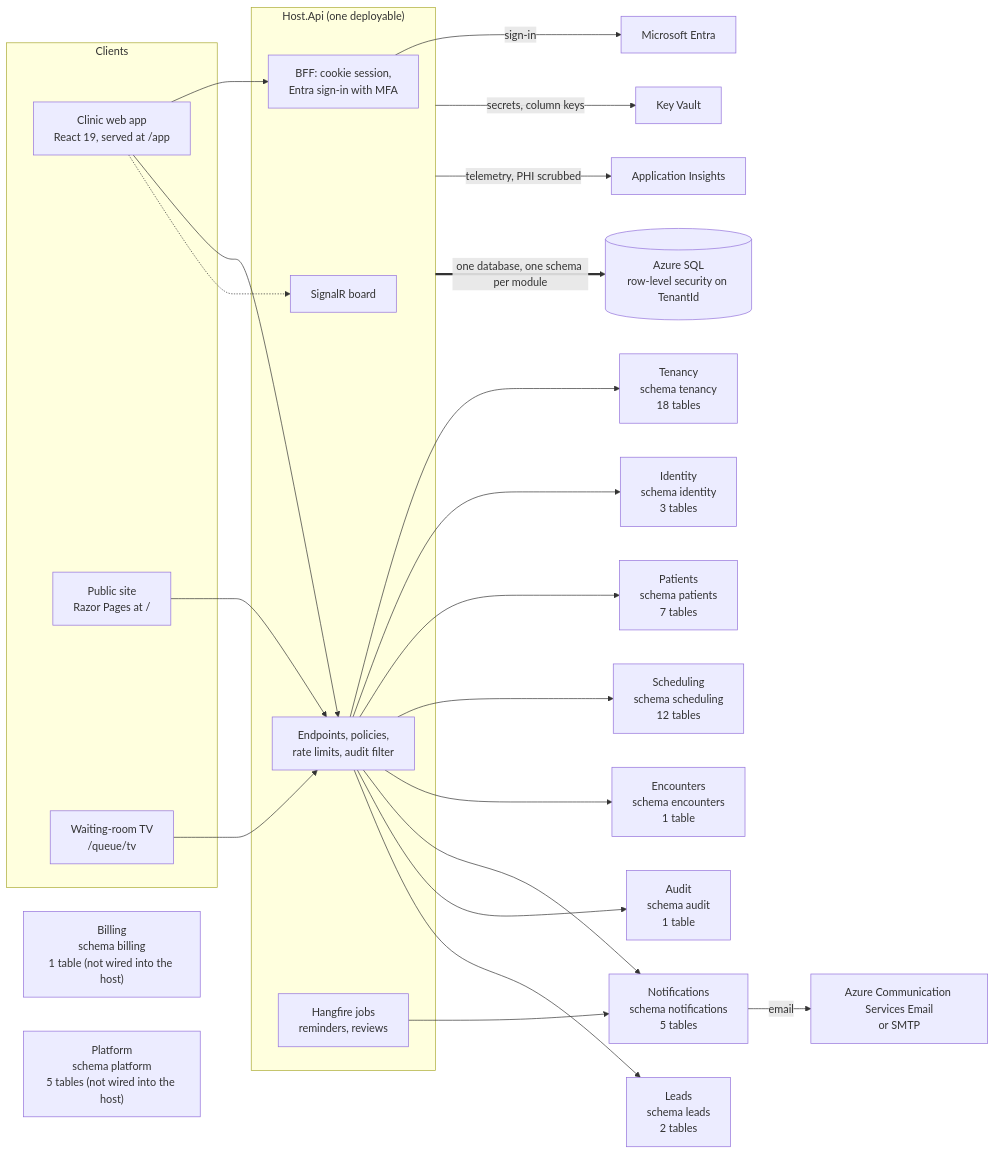
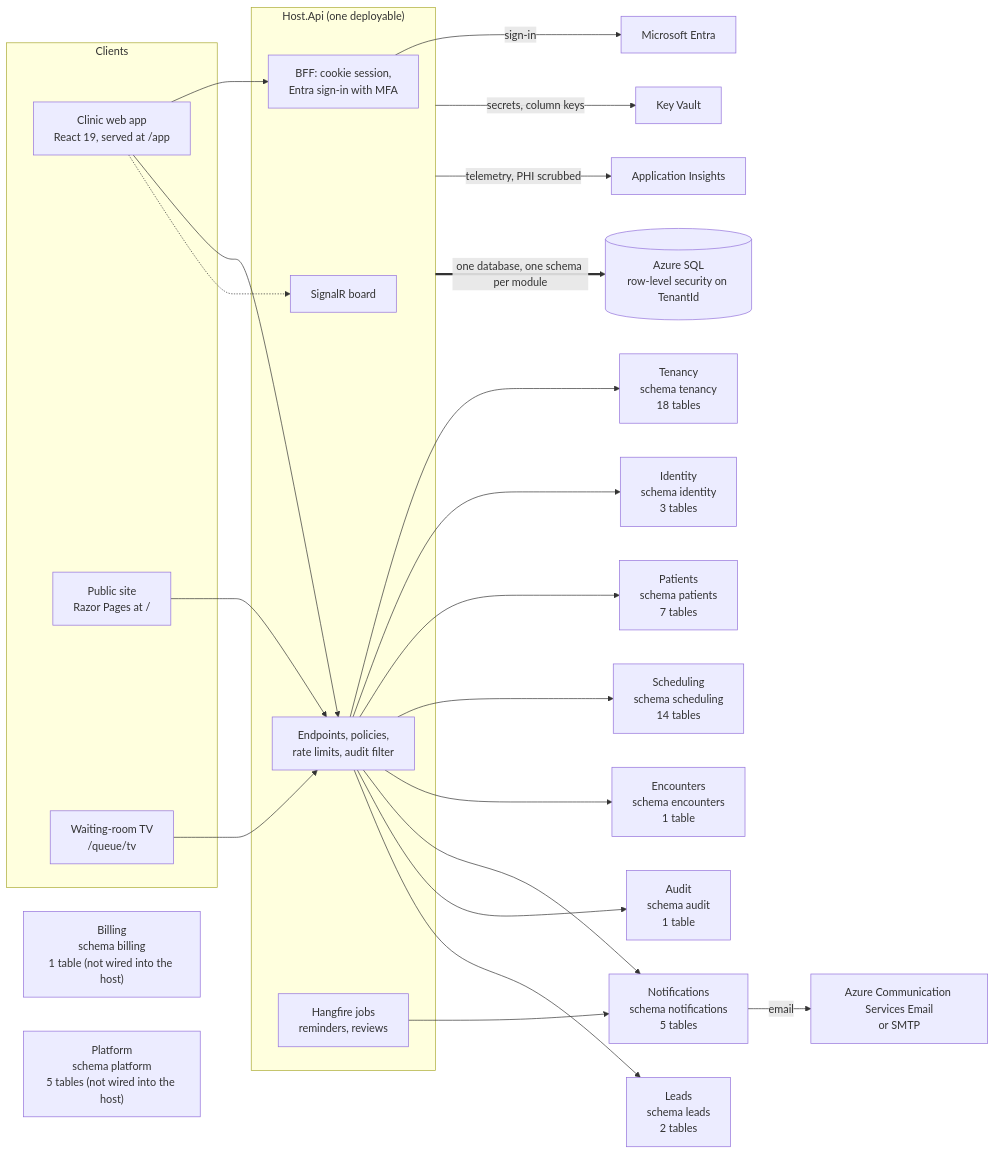
The first of 13 diagrams in docs/03-architecture/erd.md (ALFRED-LUCIFER/medvya), drawn with Mermaid before and after one commit. The commit also changed other lines of this file and 30 other files, not shown here.

````diff
--- a/docs/03-architecture/erd.md
+++ b/docs/03-architecture/erd.md
@@ -15,35 +15,35 @@
 ```mermaid
 flowchart LR
   subgraph Clients
     web["Clinic web app<br/>React 19, served at /app"]
     site["Public site<br/>Razor Pages at /"]
     tv["Waiting-room TV<br/>/queue/tv"]
   end
   subgraph Host["Host.Api (one deployable)"]
     bff["BFF: cookie session,<br/>Entra sign-in with MFA"]
     api["Endpoints, policies,<br/>rate limits, audit filter"]
     hub["SignalR board"]
     jobs["Hangfire jobs<br/>reminders, reviews"]
   end
   web --> bff
   web --> api
   web -.-> hub
   tv --> api
   site --> api
   api --> Tenancy["Tenancy<br/>schema tenancy<br/>18 tables"]
   api --> Identity["Identity<br/>schema identity<br/>3 tables"]
   api --> Patients["Patients<br/>schema patients<br/>7 tables"]
-  api --> Scheduling["Scheduling<br/>schema scheduling<br/>12 tables"]
+  api --> Scheduling["Scheduling<br/>schema scheduling<br/>14 tables"]
   api --> Encounters["Encounters<br/>schema encounters<br/>1 table"]
   api --> Notifications["Notifications<br/>schema notifications<br/>5 tables"]
   api --> Audit["Audit<br/>schema audit<br/>1 table"]
   api --> Leads["Leads<br/>schema leads<br/>2 tables"]
   Billing["Billing<br/>schema billing<br/>1 table (not wired into the host)"]
   Platform["Platform<br/>schema platform<br/>5 tables (not wired into the host)"]
   jobs --> Notifications
   bff -->|"sign-in"| entra["Microsoft Entra"]
   Notifications -->|"email"| mail["Azure Communication Services Email<br/>or SMTP"]
   Host -->|"secrets, column keys"| kv["Key Vault"]
   Host -->|"telemetry, PHI scrubbed"| ai["Application Insights"]
   Host ==>|"one database, one schema per module"| sql[("Azure SQL<br/>row-level security on TenantId")]
 ```
````
